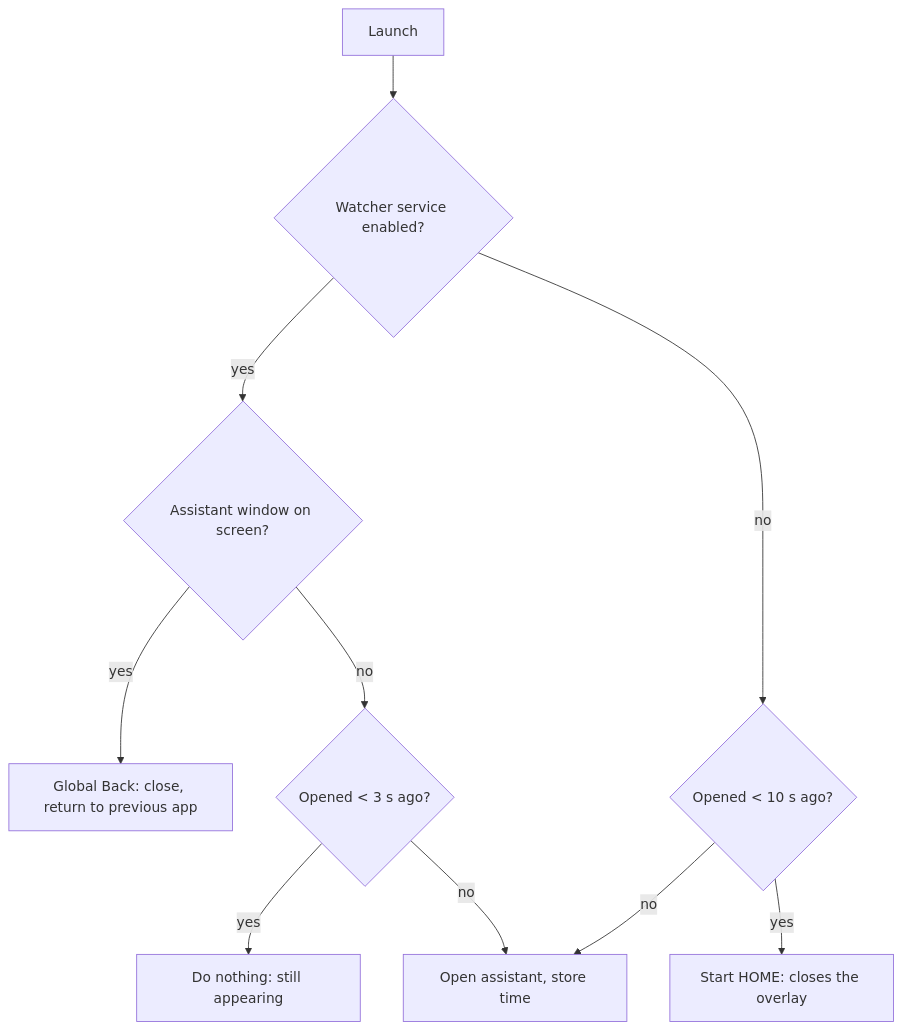
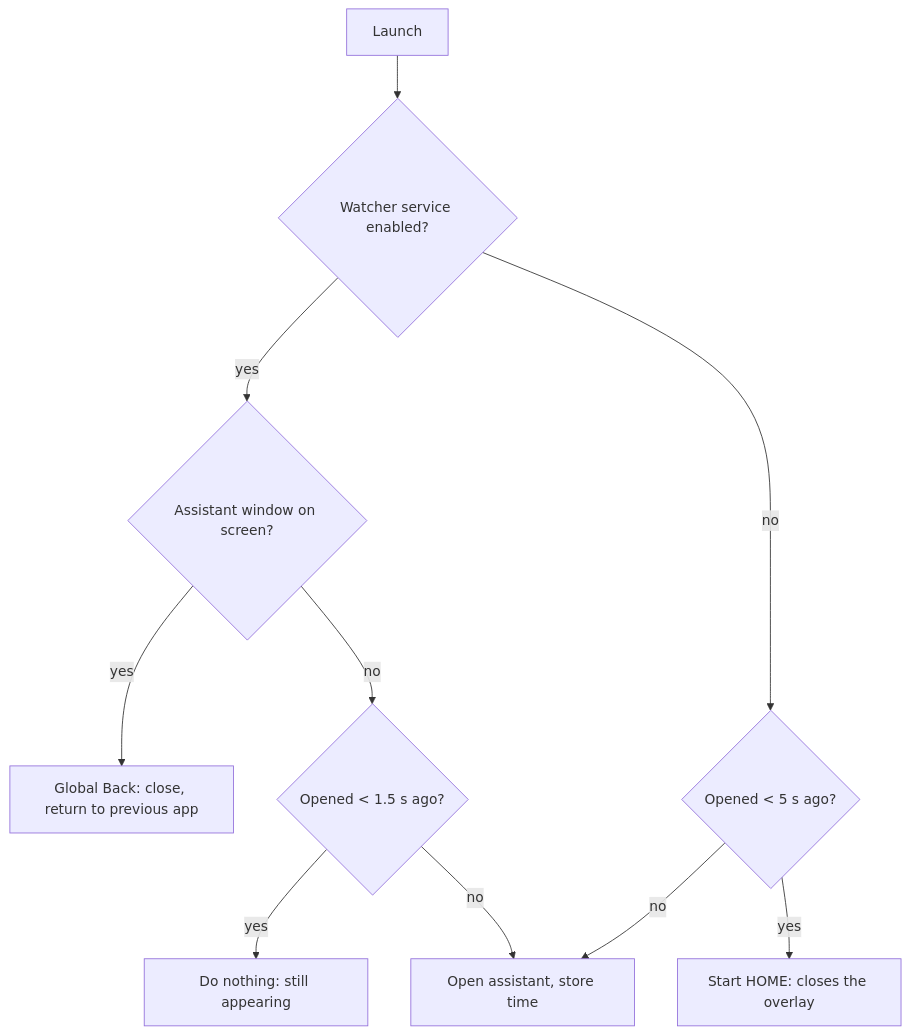
The second of 2 diagrams in docs/ARCHITECTURE.md (maldos23/AssistTap), drawn with Mermaid before and after one commit. The commit also changed other lines of this file and 7 other files, not shown here.

````diff
--- a/docs/ARCHITECTURE.md
+++ b/docs/ARCHITECTURE.md
@@ -38,12 +38,12 @@
 ```mermaid
 flowchart TD
     L[Launch] --> W{Watcher service enabled?}
     W -- yes --> V{Assistant window on screen?}
     V -- yes --> B[Global Back: close, return to previous app]
-    V -- no --> G{Opened < 3 s ago?}
+    V -- no --> G{Opened < 1.5 s ago?}
     G -- yes --> N[Do nothing: still appearing]
     G -- no --> O[Open assistant, store time]
-    W -- no --> R{Opened < 10 s ago?}
+    W -- no --> R{Opened < 5 s ago?}
     R -- yes --> H[Start HOME: closes the overlay]
     R -- no --> O
 ```
````
